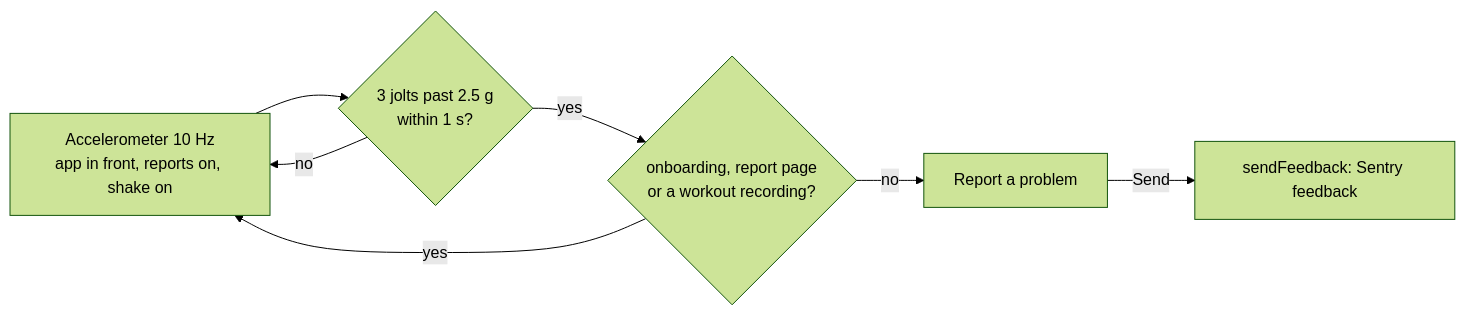
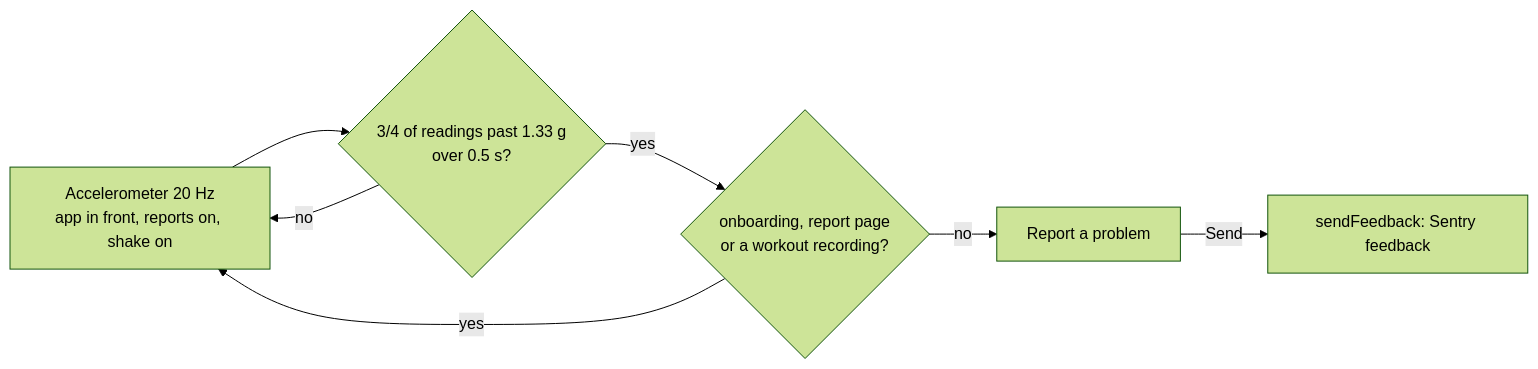
The second of 2 diagrams in docs/telemetry.md (adityaongit/pulse-mobile), drawn with Mermaid (forest theme) before and after one commit. The commit also changed other lines of this file and 4 other files, not shown here.

````diff
--- a/docs/telemetry.md
+++ b/docs/telemetry.md
@@ -118,9 +118,9 @@
 ```mermaid
 flowchart LR
-  A[Accelerometer 10 Hz<br/>app in front, reports on, shake on] --> B{3 jolts past 2.5 g<br/>within 1 s?}
+  A[Accelerometer 20 Hz<br/>app in front, reports on, shake on] --> B{3/4 of readings past 1.33 g<br/>over 0.5 s?}
   B -- no --> A
   B -- yes --> C{onboarding, report page<br/>or a workout recording?}
   C -- yes --> A
   C -- no --> D[Report a problem]
   D -- Send --> E[sendFeedback: Sentry feedback]
 ```
````
